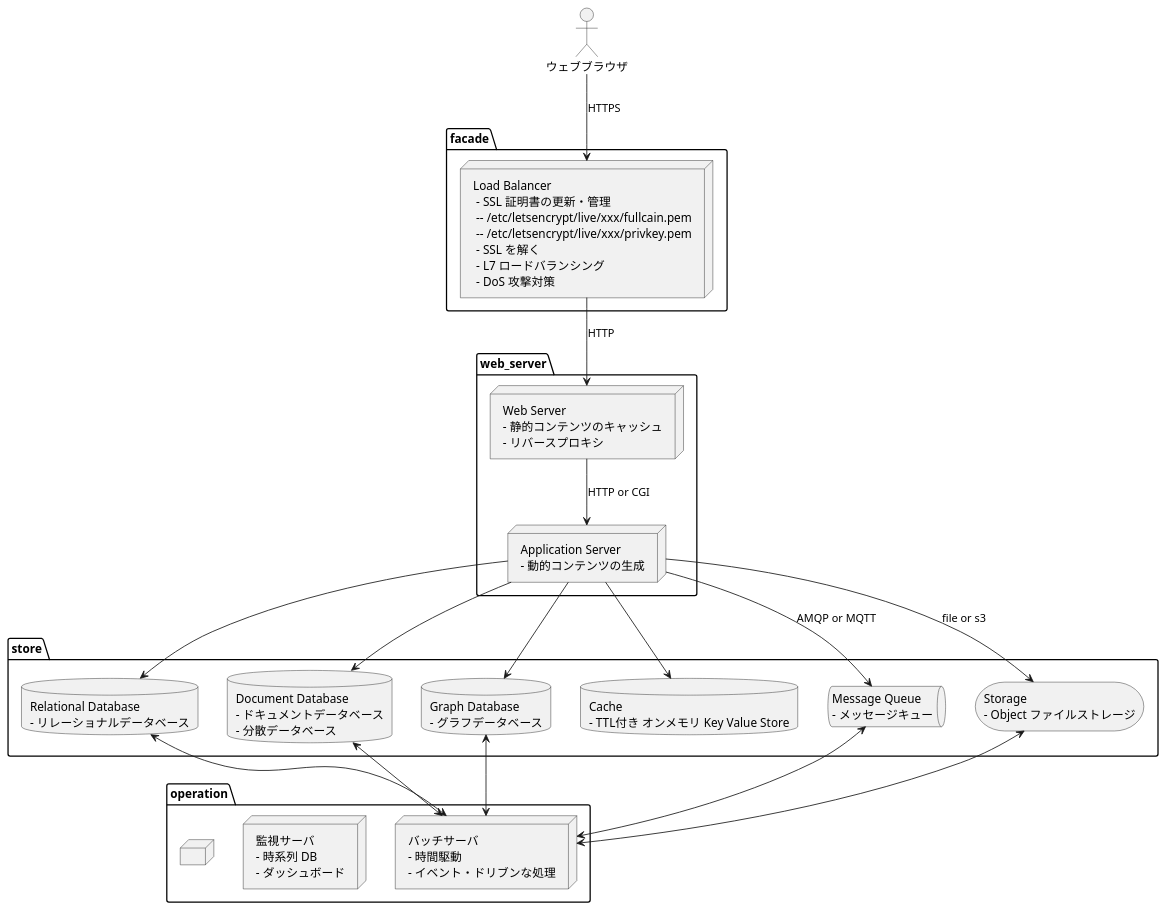
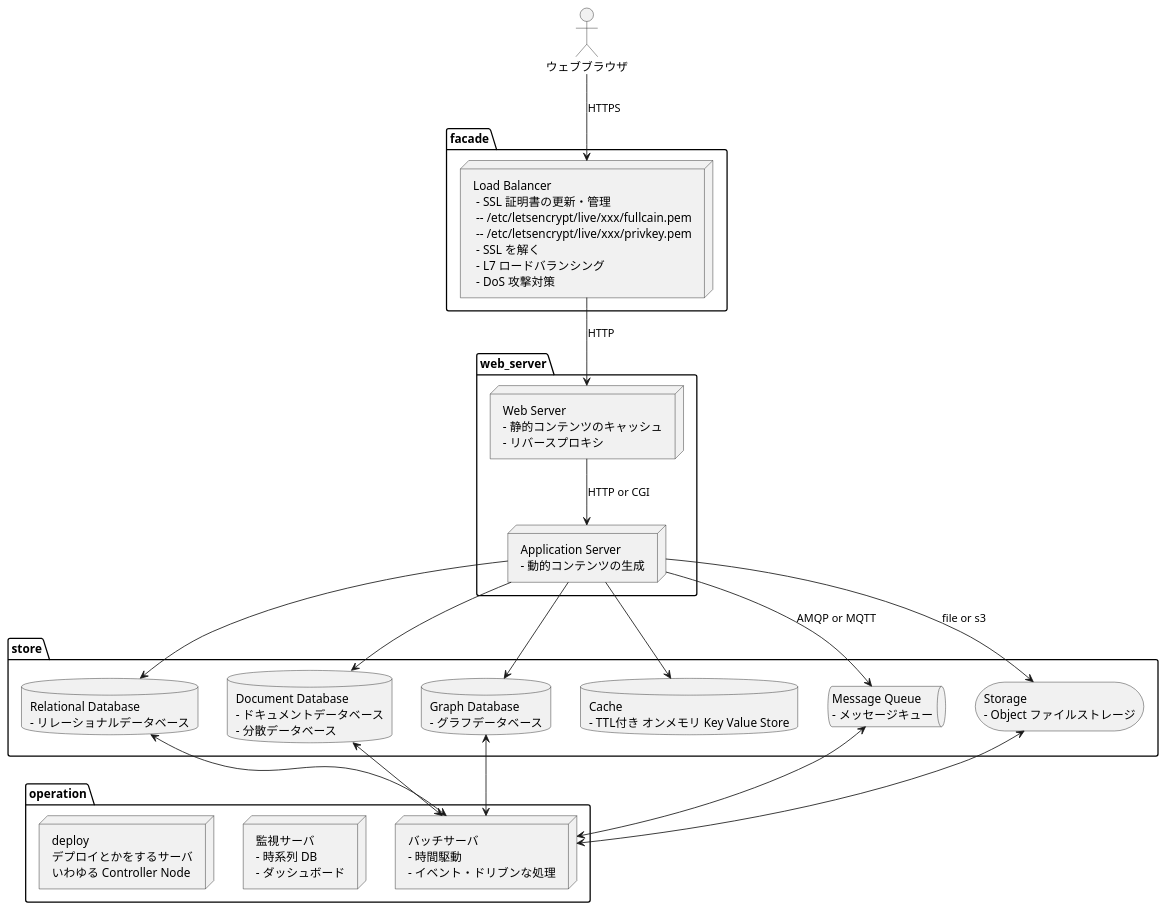
One commit to ndxbn/provision changed the diagram in docs/hosts/http-life-cicle.puml. Above: the diagram before and after it, drawn with PlantUML.

```diff
--- a/docs/hosts/http-life-cicle.puml
+++ b/docs/hosts/http-life-cicle.puml
@@ -1,90 +1,92 @@
 @startuml
 
 actor browser [
   ウェブブラウザ
 ]
 
 package facade {
   node load_balancer [
     Load Balancer
      - SSL 証明書の更新・管理
      -- /etc/letsencrypt/live/xxx/fullcain.pem
      -- /etc/letsencrypt/live/xxx/privkey.pem
      - SSL を解く
      - L7 ロードバランシング
      - DoS 攻撃対策
   ]
 }
 
 browser --> load_balancer: HTTPS
 
 package web_server {
   node web [
     Web Server
     - 静的コンテンツのキャッシュ
     - リバースプロキシ
   ]
   node application [
     Application Server
     - 動的コンテンツの生成
   ]
 }
 load_balancer --> web: HTTP
 web --> application: HTTP or CGI
 
 package store {
   database database [
     Relational Database
     - リレーショナルデータベース
   ]
   database document [
     Document Database
     - ドキュメントデータベース
     - 分散データベース
   ]
   database graph [
     Graph Database
     - グラフデータベース
   ]
   database cache [
     Cache
     - TTL付き オンメモリ Key Value Store
   ]
   queue message_queue [
     Message Queue
     - メッセージキュー
   ]
   storage storage [
     Storage
     - Object ファイルストレージ
   ]
 }
 application --> database
 application --> document
 application --> graph
 application --> cache
 application --> message_queue: AMQP or MQTT
 application --> storage: file or s3
 
 package operation {
   node batch [
     バッチサーバ
     - 時間駆動
     - イベント・ドリブンな処理
   ]
   node monitor [
     監視サーバ
     - 時系列 DB
     - ダッシュボード
   ]
-  node provision [
-
+  node deploy [
+    deploy
+    デプロイとかをするサーバ
+    いわゆる Controller Node
   ]
 }
 database <--> batch
 document <--> batch
 graph <--> batch
 message_queue <--> batch
 storage <--> batch
 
 @enduml
```
